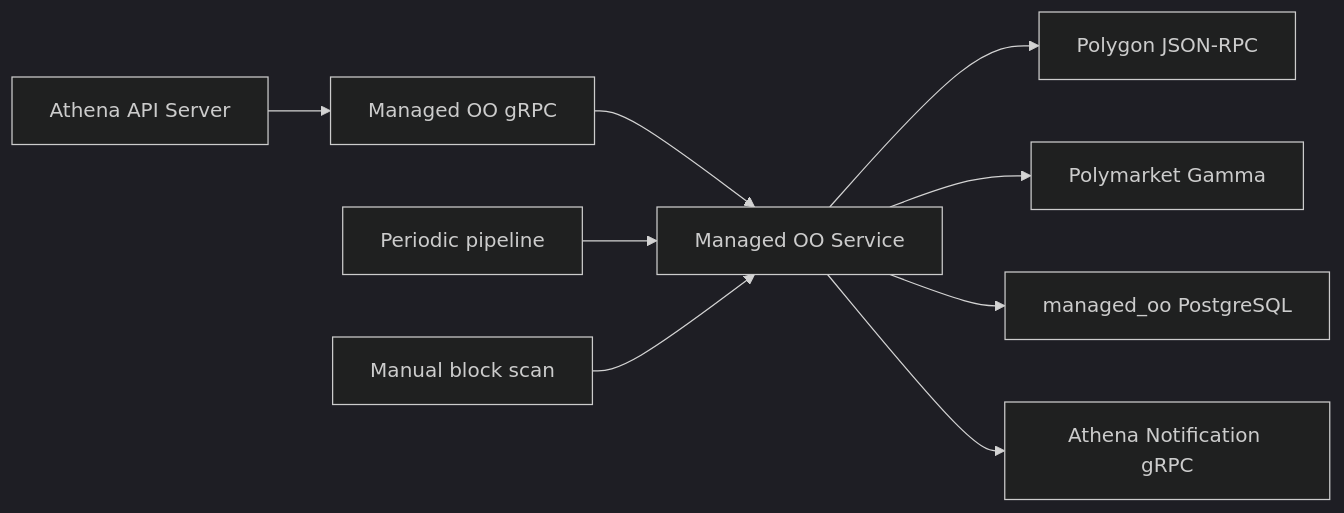
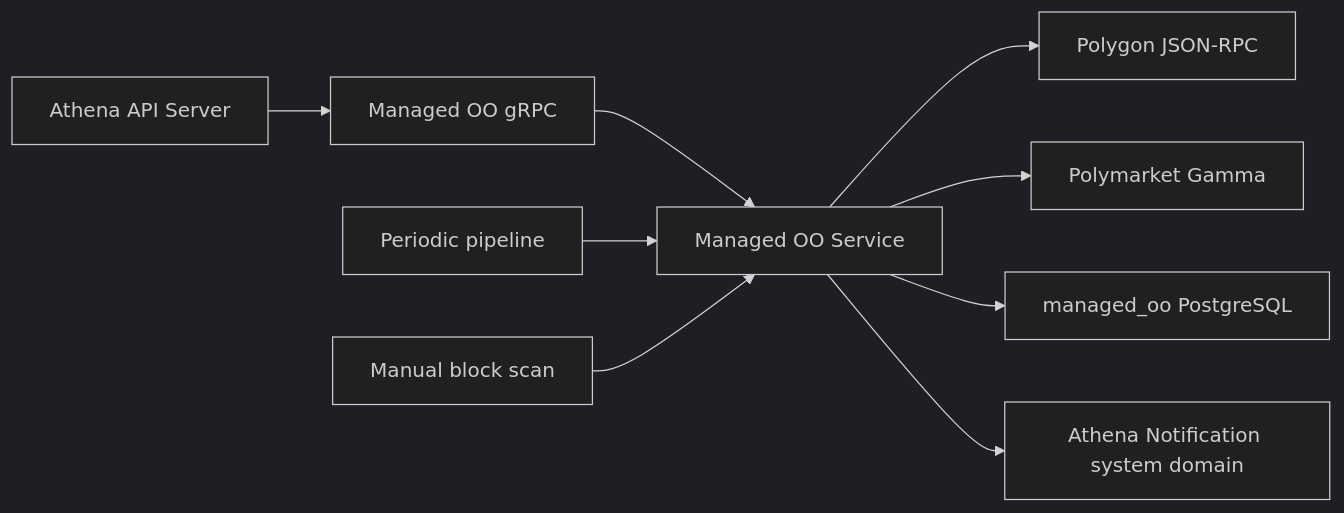
The diagram in docs/design/market-intelligence/managed-oo.md (useryege/athena-o), drawn with Mermaid (dark theme) before and after one commit. The commit also changed other lines of this file and 101 other files, not shown here.

````diff
--- a/docs/design/market-intelligence/managed-oo.md
+++ b/docs/design/market-intelligence/managed-oo.md
@@ -37,11 +39,11 @@
 ```mermaid
 flowchart LR
     A["Athena API Server"] --> G["Managed OO gRPC"]
     G --> S["Managed OO Service"]
     S --> P["Polygon JSON-RPC"]
     S --> M["Polymarket Gamma"]
     S --> D["managed_oo PostgreSQL"]
-    S --> N["Athena Notification gRPC"]
+    S --> N["Athena Notification system domain"]
     B["Periodic pipeline"] --> S
     X["Manual block scan"] --> S
 ```
````
